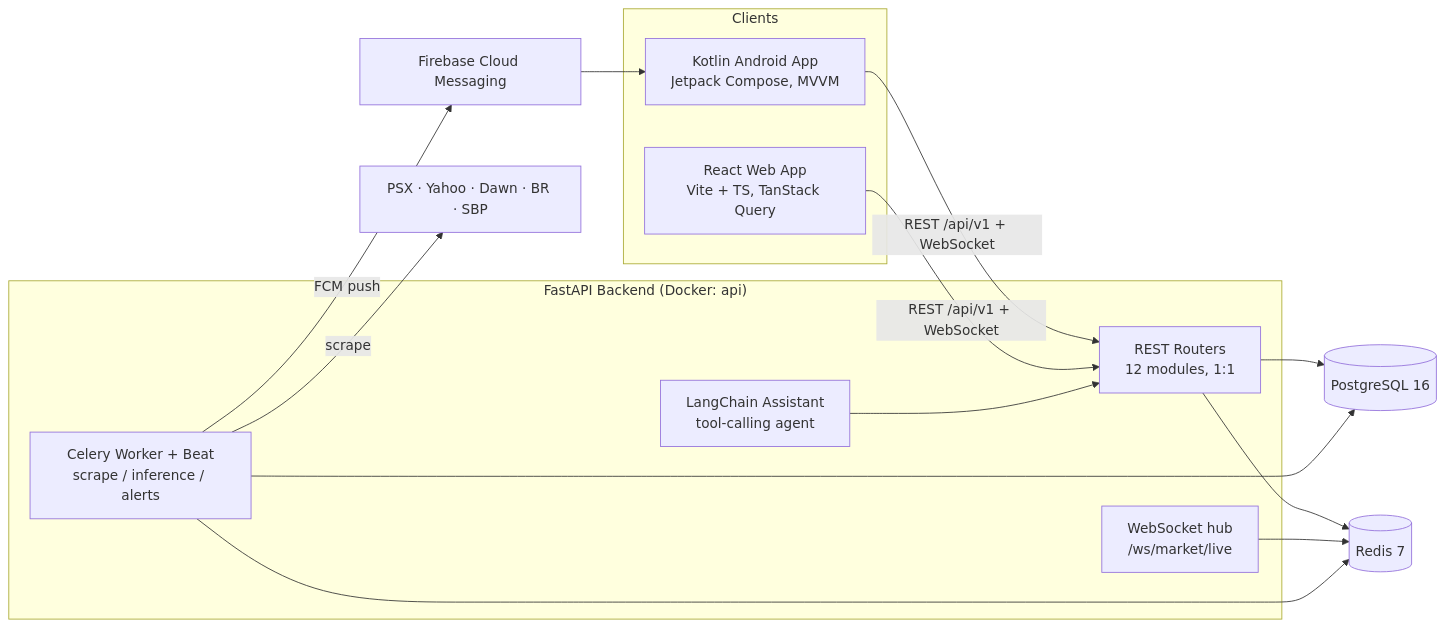
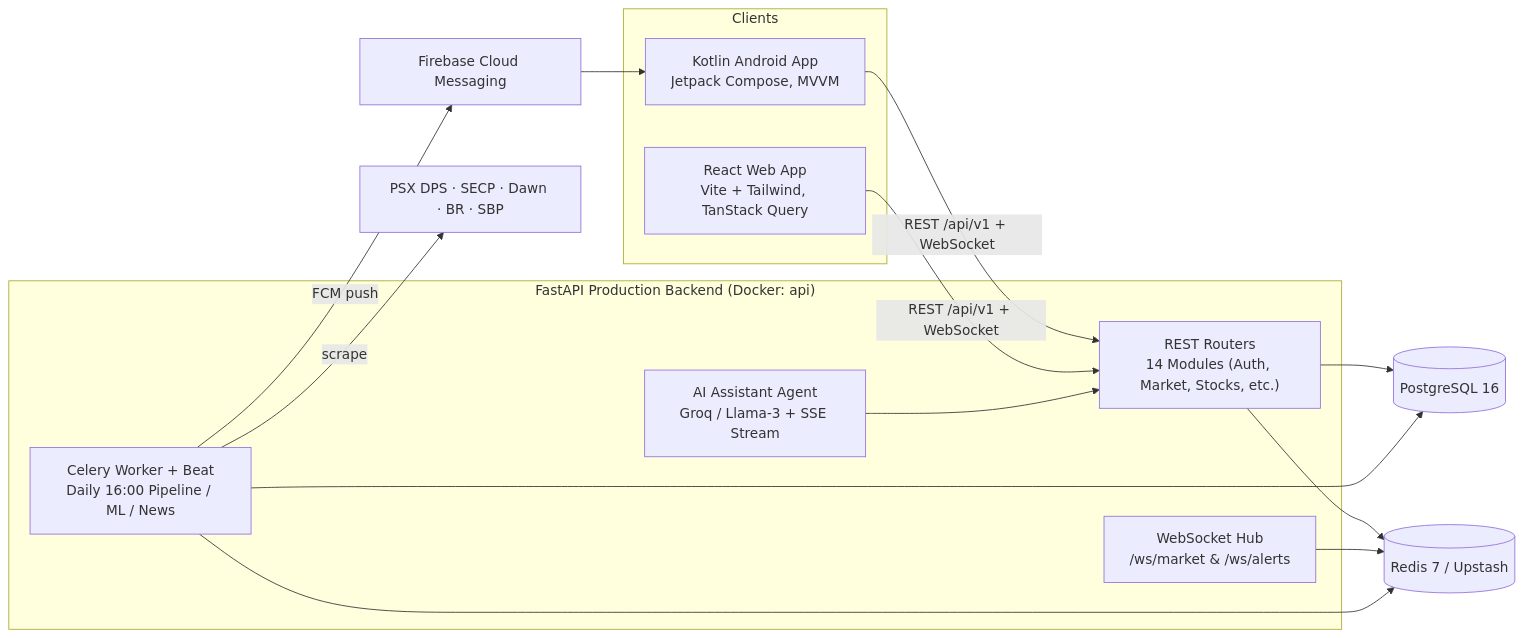
Before and after one commit to iahmedd-k/Basarat-fyp-official: the first of 3 diagrams in backend/docs/system-architecture.md, drawn with Mermaid. The commit also changed other lines of this file and 1 other file, not shown here.

Commit message:
docs: synchronize architecture diagrams, WebSocket hubs, curated leaderboards, and zero-null API contracts with production codebase

````diff
--- a/backend/docs/system-architecture.md
+++ b/backend/docs/system-architecture.md
@@ -18,28 +18,28 @@
 ```mermaid
 flowchart LR
     subgraph Clients
-        A[Kotlin Android App<br/>Jetpack Compose, MVVM]
-        W[React Web App<br/>Vite + TS, TanStack Query]
+        A["Kotlin Android App<br/>Jetpack Compose, MVVM"]
+        W["React Web App<br/>Vite + Tailwind, TanStack Query"]
     end
 
     A -->|"REST /api/v1 + WebSocket"| API
     W -->|"REST /api/v1 + WebSocket"| API
 
-    subgraph Backend["FastAPI Backend (Docker: api)"]
-        API[REST Routers<br/>12 modules, 1:1]
-        WS[WebSocket hub<br/>/ws/market/live]
-        CEL[Celery Worker + Beat<br/>scrape / inference / alerts]
-        ASS[LangChain Assistant<br/>tool-calling agent]
+    subgraph Backend["FastAPI Production Backend (Docker: api)"]
+        API["REST Routers<br/>14 Modules (Auth, Market, Stocks, etc.)"]
+        WS["WebSocket Hub<br/>/ws/market & /ws/alerts"]
+        CEL["Celery Worker + Beat<br/>Daily 16:00 Pipeline / ML / News"]
+        ASS["AI Assistant Agent<br/>Groq / Llama-3 + SSE Stream"]
     end
 
-    API --> PG[(PostgreSQL 16)]
-    API --> RD[(Redis 7)]
+    API --> PG[("PostgreSQL 16")]
+    API --> RD[("Redis 7 / Upstash")]
     WS --> RD
     CEL --> PG
     CEL --> RD
-    CEL -->|scrape| SRC[PSX · Yahoo · Dawn · BR · SBP]
-    CEL -->|FCM push| FCM[Firebase Cloud Messaging]
+    CEL -->|scrape| SRC["PSX DPS · SECP · Dawn · BR · SBP"]
+    CEL -->|FCM push| FCM["Firebase Cloud Messaging"]
     FCM --> A
 
     ASS --> API
 ```
````
